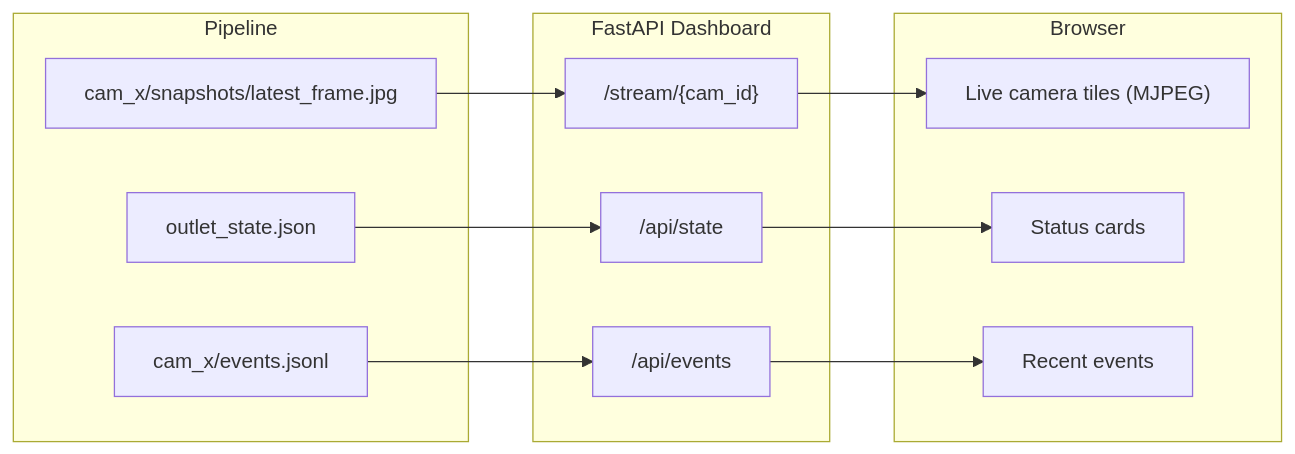
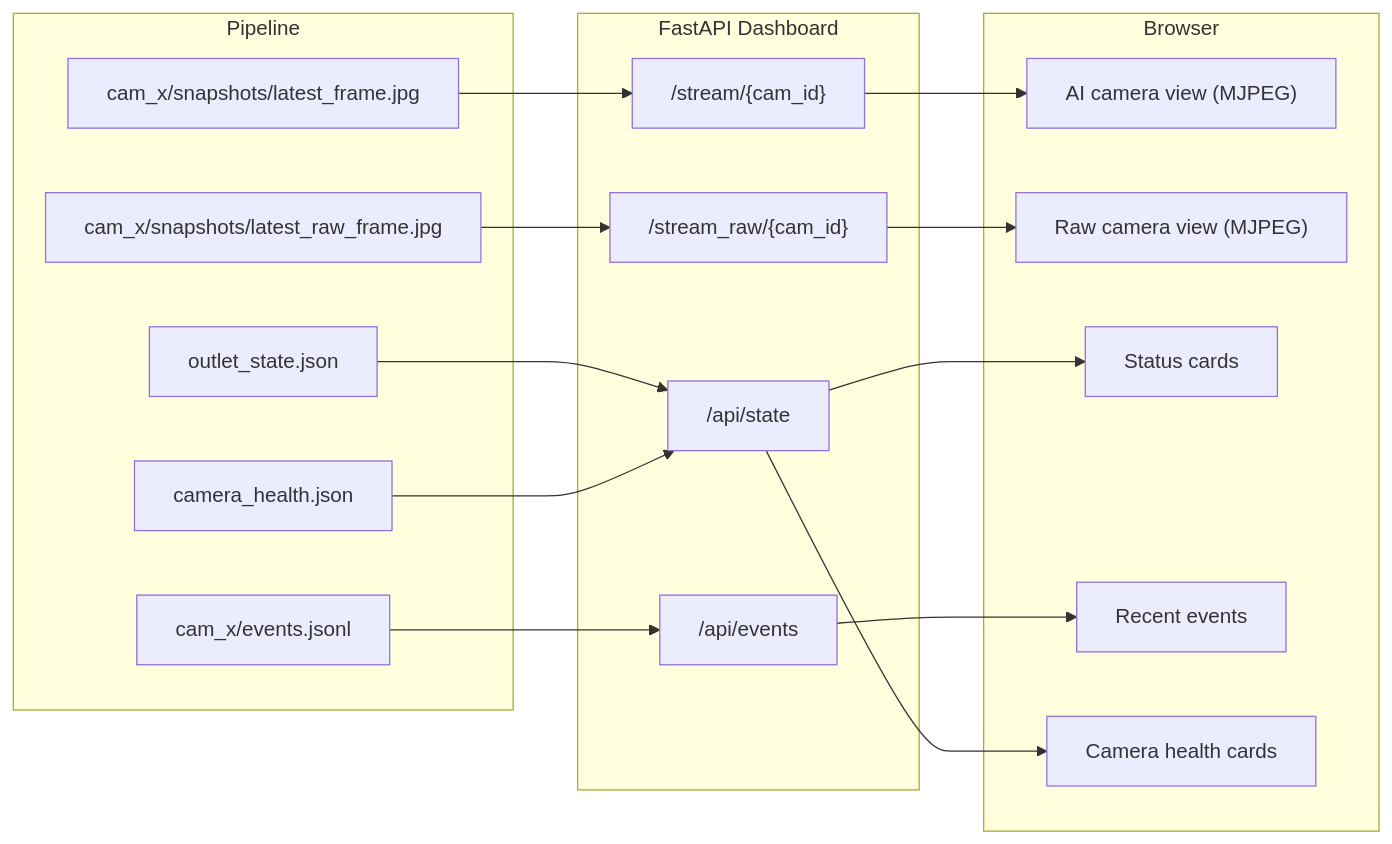
The second of 2 diagrams in docs/05-system-flow.md (Nanaacaw/face_recognition-), drawn with Mermaid before and after one commit. The commit also changed other lines of this file and 4 other files, not shown here.

Commit message:
refactor: add preview_raw_enabled setting and update documentation for raw frame functionality

````diff
--- a/docs/05-system-flow.md
+++ b/docs/05-system-flow.md
@@ -99,24 +99,31 @@
 ```mermaid
 flowchart LR
     subgraph pipe["Pipeline"]
         J1["cam_x/snapshots/latest_frame.jpg"]
+        J1R["cam_x/snapshots/latest_raw_frame.jpg"]
         J2["outlet_state.json"]
         J3["cam_x/events.jsonl"]
+        J4["camera_health.json"]
     end
 
     subgraph api["FastAPI Dashboard"]
         A1["/stream/{cam_id}"]
+        A1R["/stream_raw/{cam_id}"]
         A2["/api/state"]
         A3["/api/events"]
     end
 
     subgraph browser["Browser"]
-        B1["Live camera tiles (MJPEG)"]
+        B1["AI camera view (MJPEG)"]
+        B1R["Raw camera view (MJPEG)"]
         B2["Status cards"]
         B3["Recent events"]
+        B4["Camera health cards"]
     end
 
     J1 --> A1 --> B1
+    J1R --> A1R --> B1R
     J2 --> A2 --> B2
     J3 --> A3 --> B3
+    J4 --> A2 --> B4
 ```
````
